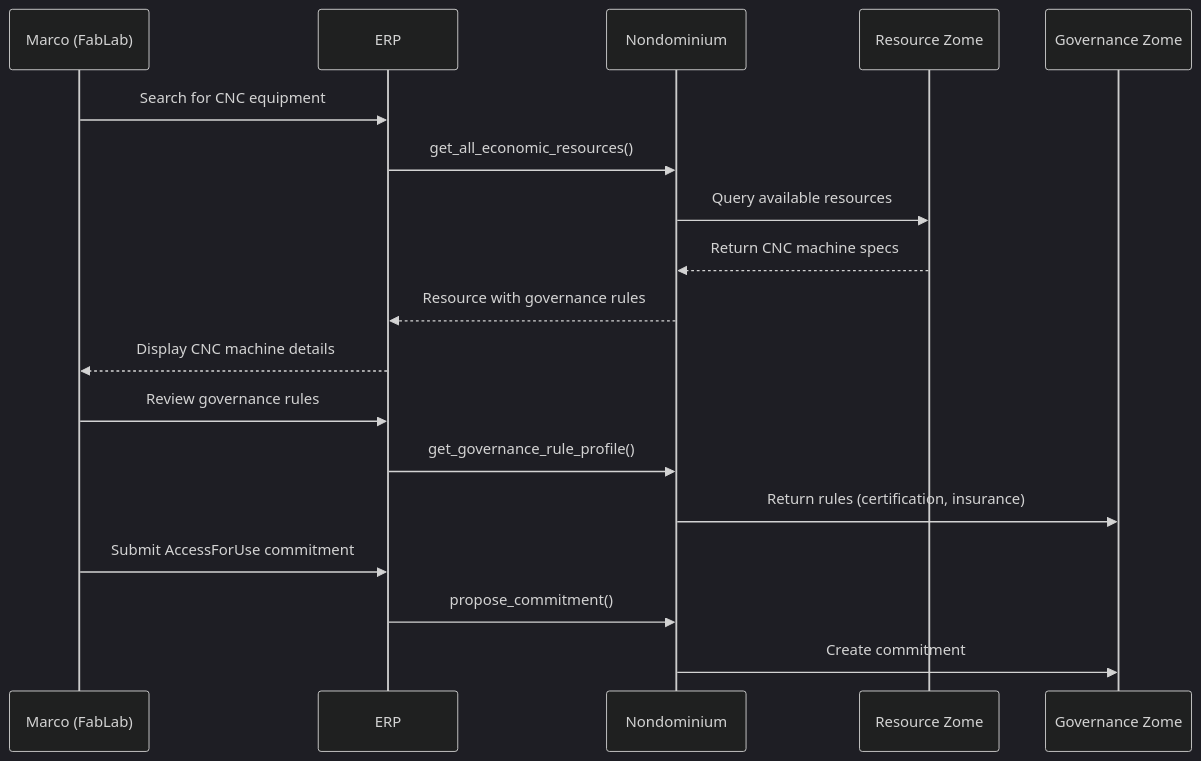
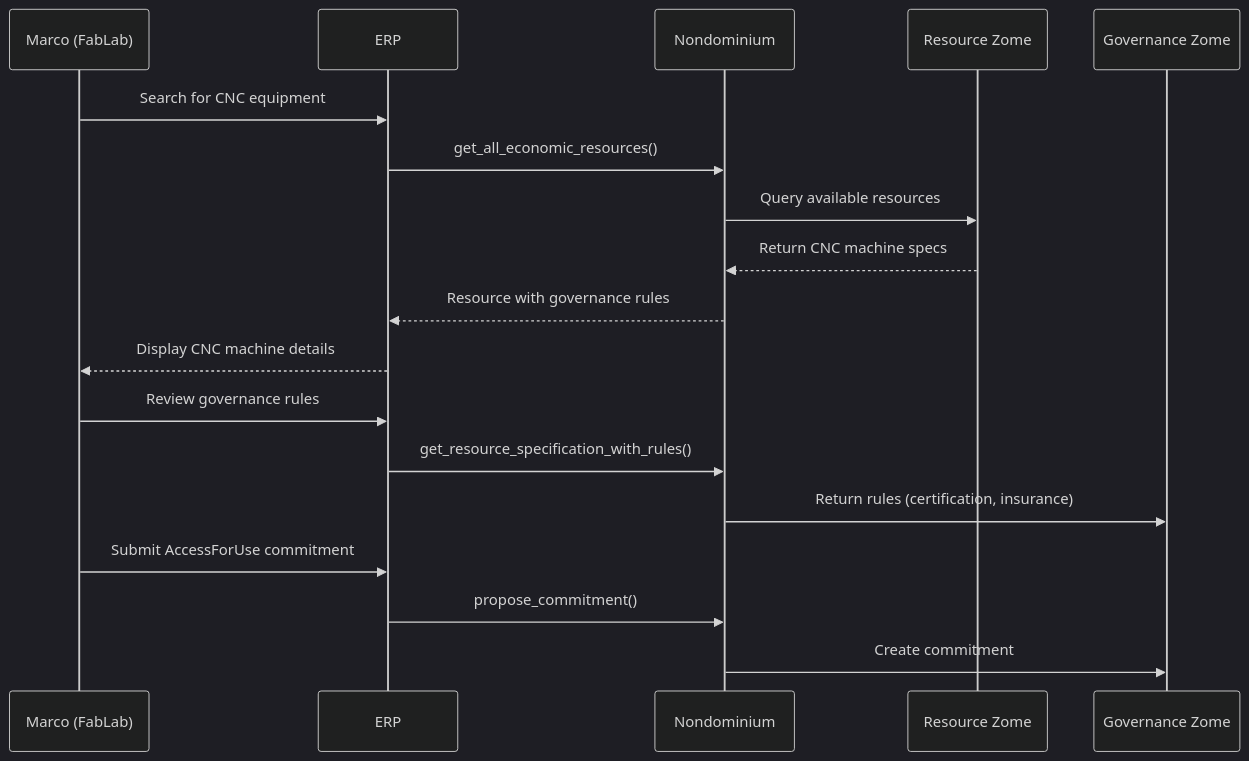
Before and after one commit to Sensorica/nondominium: the third of 11 diagrams in documentation/Applications/user-story/user-story-ERP-bridge.md, drawn with Mermaid (dark theme). The commit also changed other lines of this file and 99 other files, not shown here.

````diff
--- a/documentation/Applications/user-story/user-story-ERP-bridge.md
+++ b/documentation/Applications/user-story/user-story-ERP-bridge.md
@@ -94,22 +110,22 @@
 ```mermaid
 sequenceDiagram
     participant Marco as Marco (FabLab)
     participant ERP as ERP
     participant ND as Nondominium
     participant Res as Resource Zome
     participant Gov as Governance Zome
 
     Marco->>ERP: Search for CNC equipment
     ERP->>ND: get_all_economic_resources()
     ND->>Res: Query available resources
     Res-->>ND: Return CNC machine specs
     ND-->>ERP: Resource with governance rules
     ERP-->>Marco: Display CNC machine details
 
     Marco->>ERP: Review governance rules
-    ERP->>ND: get_governance_rule_profile()
+    ERP->>ND: get_resource_specification_with_rules()
     ND->>Gov: Return rules (certification, insurance)
     Marco->>ERP: Submit AccessForUse commitment
     ERP->>ND: propose_commitment()
     ND->>Gov: Create commitment
 ```
````
